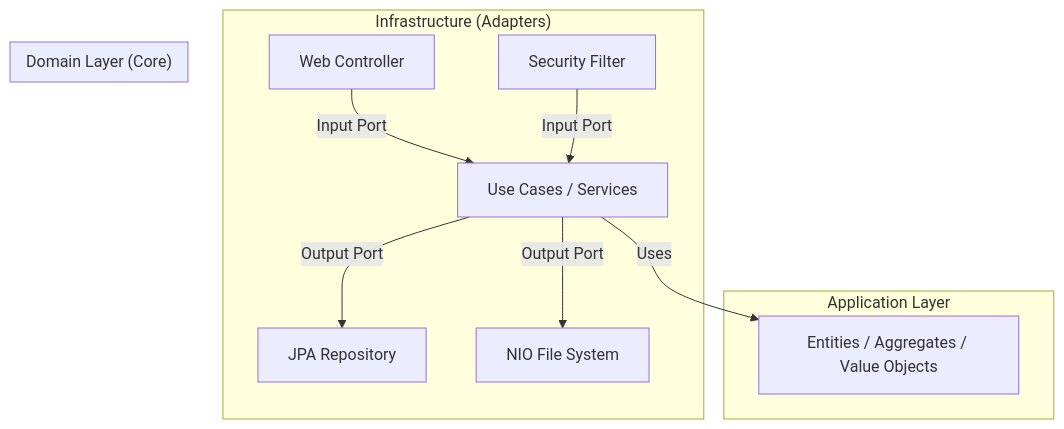
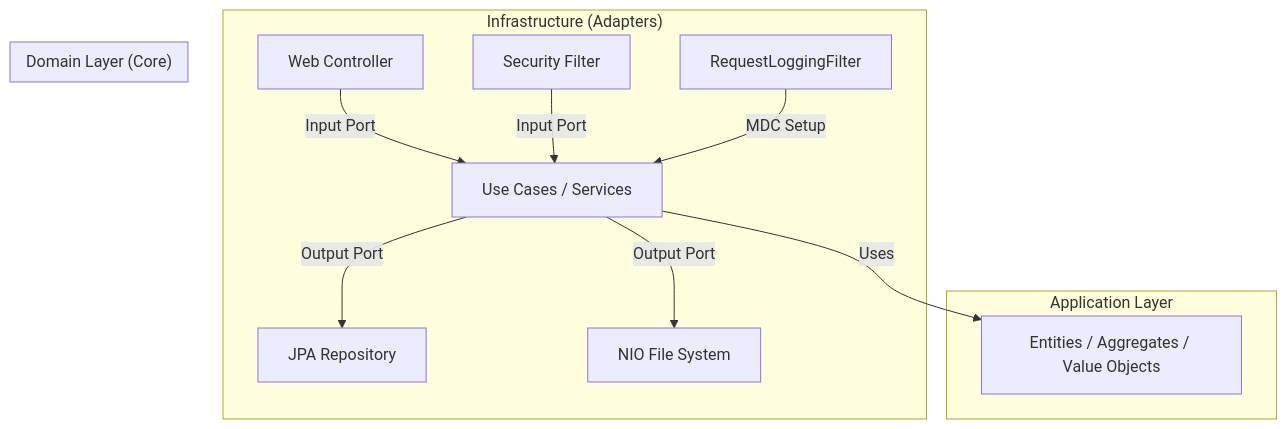
Before and after one commit to HuiungJang/private-nas-for-mac: the second of 2 diagrams in spec/01_technical_architecture.md, drawn with Mermaid. The commit also changed other lines of this file and 2 other files, not shown here.

First line of the commit message:
feat: Add logging and observability foundation with Trace ID support

````diff
--- a/spec/01_technical_architecture.md
+++ b/spec/01_technical_architecture.md
@@ -47,18 +48,19 @@
 ```mermaid
 graph TD
     subgraph "Infrastructure (Adapters)"
         WebAdapter[Web Controller] -->|Input Port| AppLayer
         AuthAdapter[Security Filter] -->|Input Port| AppLayer
+        LogAdapter[RequestLoggingFilter] -->|MDC Setup| AppLayer
         
         AppLayer -->|Output Port| PersistenceAdapter[JPA Repository]
         AppLayer -->|Output Port| FileSystemAdapter[NIO File System]
     end
 
     subgraph "Application Layer"
         AppLayer[Use Cases / Services] -->|Uses| DomainLayer
     end
 
     subgraph "Domain Layer (Core)"
         DomainLayer[Entities / Aggregates / Value Objects]
     end
 ```
````
